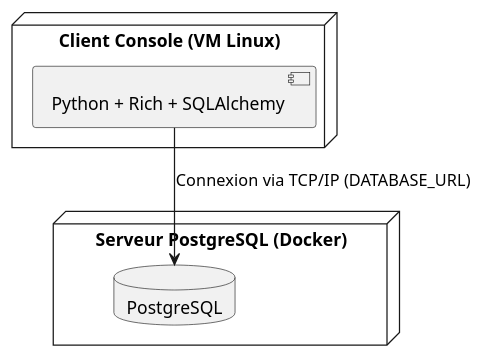
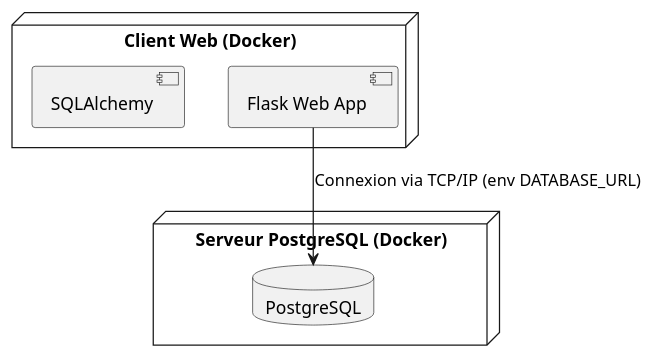
Before and after one commit to nathanlamy/LOG430-LABO-2: the diagram in docs/UML/deployment.puml, drawn with PlantUML. The commit also changed 40 other files, not shown here.

Commit message:
Change to web app + Add functionnalities

```diff
--- a/docs/UML/deployment.puml
+++ b/docs/UML/deployment.puml
@@ -1,13 +1,14 @@
 @startuml Vue_de_deploiement
 
-node "Client Console (VM Linux)" {
-  component "Python + Rich + SQLAlchemy"
+node "Client Web (Docker)" {
+  component "Flask Web App"
+  component "SQLAlchemy"
 }
 
 node "Serveur PostgreSQL (Docker)" {
   database "PostgreSQL"
 }
 
-"Python + Rich + SQLAlchemy" --> "PostgreSQL" : Connexion via TCP/IP (DATABASE_URL)
+"Flask Web App" --> "PostgreSQL" : Connexion via TCP/IP (env DATABASE_URL)
 
 @enduml
```
